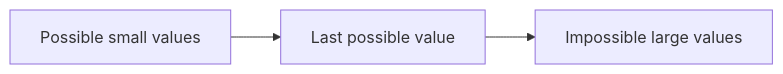
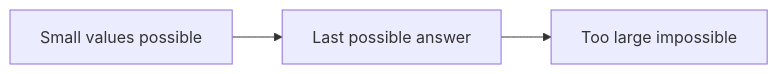
One commit to mthaiseer/springcloud-systemdesign-notes changed diagram 13 of 24 in CP_DSA_NOTES/CONCEPT_FRAMEWORK_FORMS_TATICS/binary_search_playbook.md. Above: the diagram before and after it, drawn with Mermaid. The commit also changed other lines of this file, not shown here.

````diff
--- a/CP_DSA_NOTES/CONCEPT_FRAMEWORK_FORMS_TATICS/binary_search_playbook.md
+++ b/CP_DSA_NOTES/CONCEPT_FRAMEWORK_FORMS_TATICS/binary_search_playbook.md
@@ -362,5 +459,5 @@
 ```mermaid
 flowchart LR
-    A["Possible small values"] --> B["Last possible value"]
-    B --> C["Impossible large values"]
+    A["Small values possible"] --> B["Last possible answer"]
+    B --> C["Too large impossible"]
 ```
````
